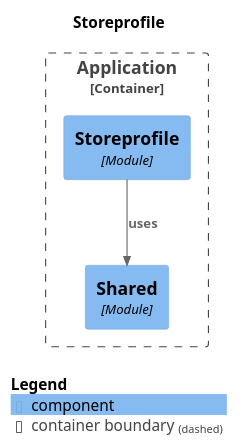
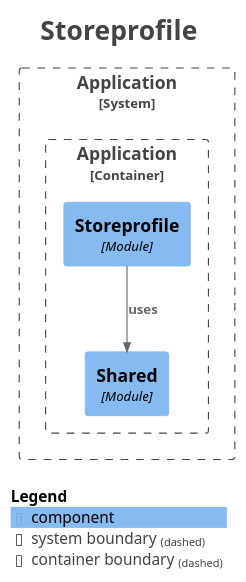
One commit to kanghouchao/Kizuna changed the diagram in backend/docs/modulith/module-storeprofile.puml. Above: the diagram before and after it, drawn with PlantUML. The commit also changed 19 other files, not shown here.

```diff
--- a/backend/docs/modulith/module-storeprofile.puml
+++ b/backend/docs/modulith/module-storeprofile.puml
@@ -1,19 +1,30 @@
 @startuml
+title <size:24>Storeprofile</size>
+
 set separator none
-title Storeprofile
+top to bottom direction
 
-top to bottom direction
+<style>
+  root {
+    BackgroundColor: #ffffff
+    FontColor: #444444
+  }
+</style>
 
 !include <C4/C4>
 !include <C4/C4_Context>
 !include <C4/C4_Component>
 
-Container_Boundary("Application.Application_boundary", "Application", $tags="") {
-  Component(Application.Application.Shared, "Shared", $techn="Module", $descr="", $tags="", $link="")
-  Component(Application.Application.Storeprofile, "Storeprofile", $techn="Module", $descr="", $tags="", $link="")
+System_Boundary("Application_boundary", "Application", $tags="") {
+  Container_Boundary("Application.Application_boundary", "Application", $tags="") {
+    Component(Application.Application.Shared, "Shared", $techn="Module", $descr="", $tags="", $link="")
+    Component(Application.Application.Storeprofile, "Storeprofile", $techn="Module", $descr="", $tags="", $link="")
+  }
+
 }
 
 Rel(Application.Application.Storeprofile, Application.Application.Shared, "uses", $techn="", $tags="", $link="")
 
 SHOW_LEGEND(true)
+hide stereotypes
 @enduml
```
